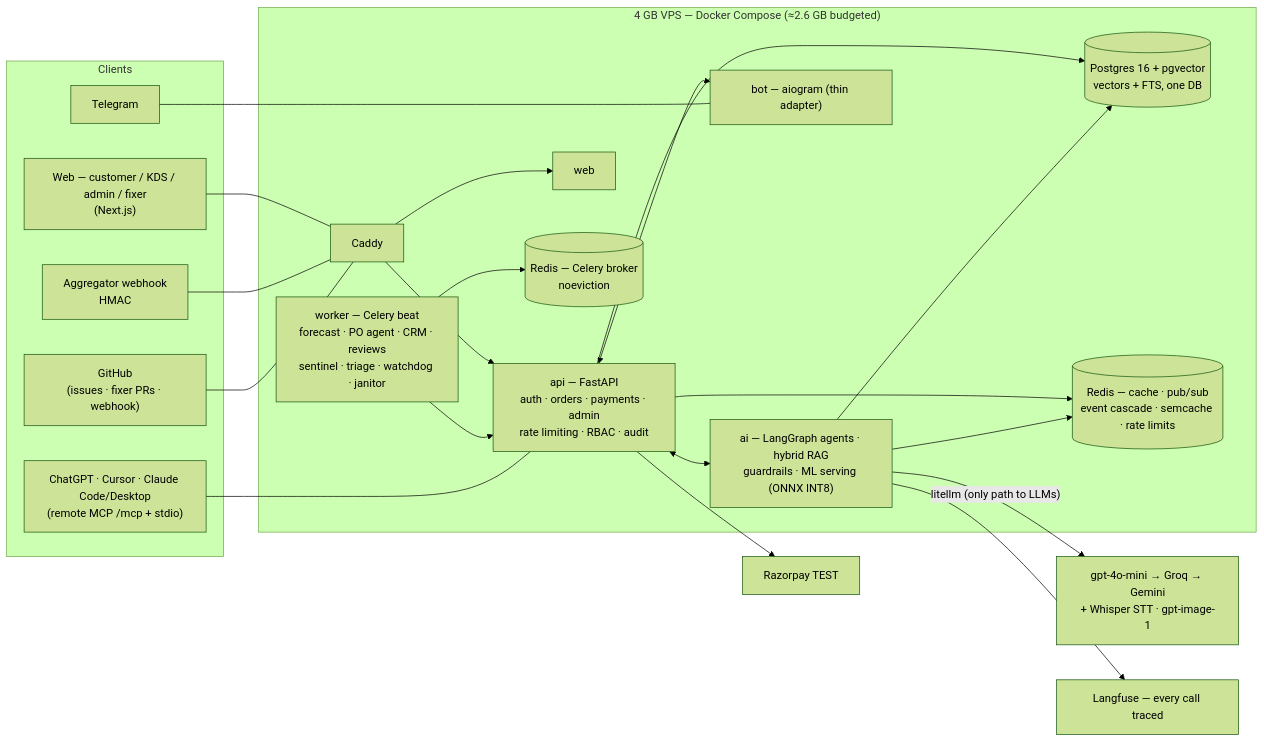
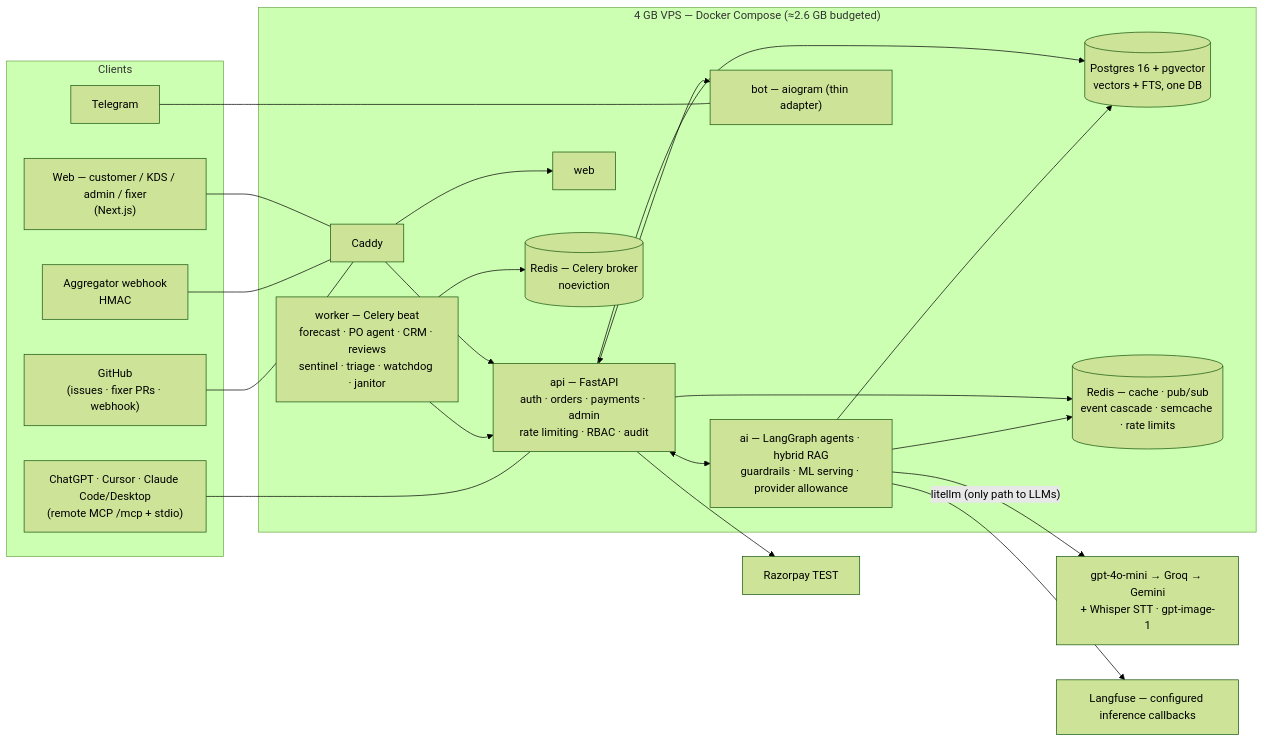
Before and after one commit to venkathub/dosadash: the first of 2 diagrams in README.md, drawn with Mermaid (forest theme). The commit also changed other lines of this file and 57 other files, not shown here.

````diff
--- a/README.md
+++ b/README.md
@@ -11,32 +11,32 @@
 ```mermaid
 flowchart LR
   subgraph clients [Clients]
     W["Web — customer / KDS / admin / fixer<br/>(Next.js)"]
     TG[Telegram]
     CD["ChatGPT · Cursor · Claude Code/Desktop<br/>(remote MCP /mcp + stdio)"]
     AGG[Aggregator webhook<br/>HMAC]
     GH["GitHub<br/>(issues · fixer PRs · webhook)"]
   end
 
   subgraph vps ["4 GB VPS — Docker Compose (≈2.6 GB budgeted)"]
     CADDY[Caddy] --> API["api — FastAPI<br/>auth · orders · payments · admin<br/>rate limiting · RBAC · audit"]
     CADDY --> WEB[web]
-    API <--> AI["ai — LangGraph agents · hybrid RAG<br/>guardrails · ML serving (ONNX INT8)"]
+    API <--> AI["ai — LangGraph agents · hybrid RAG<br/>guardrails · ML serving · provider allowance"]
     API <--> BOT["bot — aiogram (thin adapter)"]
     WORKER["worker — Celery beat<br/>forecast · PO agent · CRM · reviews<br/>sentinel · triage · watchdog · janitor"] --> API
     API --> PG[("Postgres 16 + pgvector<br/>vectors + FTS, one DB")]
     API --> REDIS[("Redis — cache · pub/sub<br/>event cascade · semcache · rate limits")]
     WORKER --> RC[("Redis — Celery broker<br/>noeviction")]
     AI --> PG
     AI --> REDIS
   end
 
   AI -- "litellm (only path to LLMs)" --> CHAIN["gpt-4o-mini → Groq → Gemini<br/>+ Whisper STT · gpt-image-1"]
-  AI --> LF[Langfuse — every call traced]
+  AI --> LF[Langfuse — configured inference callbacks]
   API --> RZP[Razorpay TEST]
   W --- CADDY
   TG --- BOT
   CD --- API
   AGG --- CADDY
   GH --- CADDY
 ```
````
